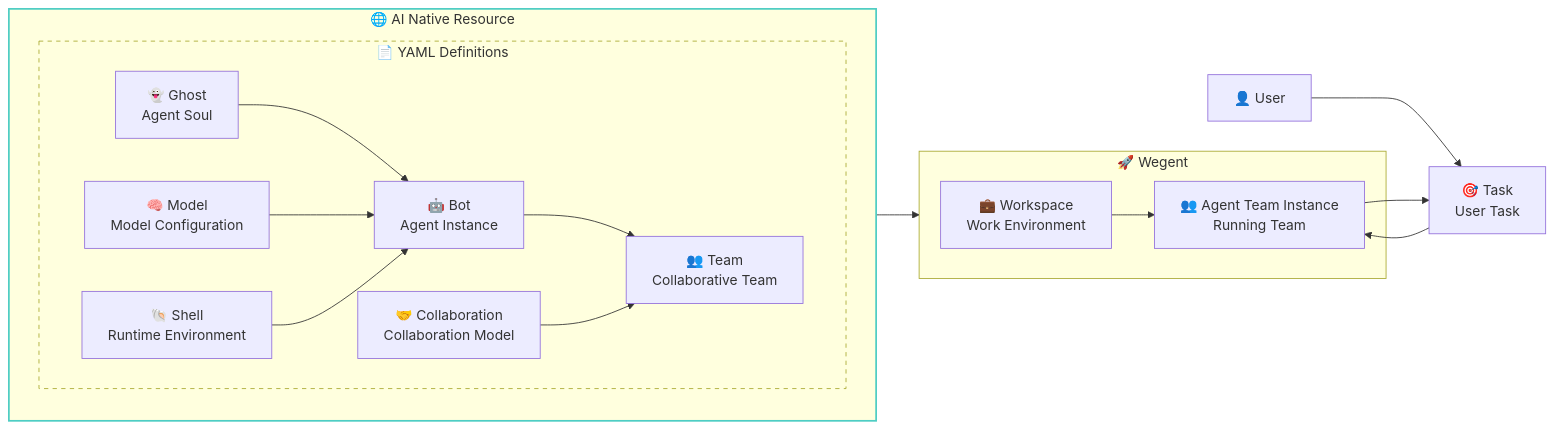
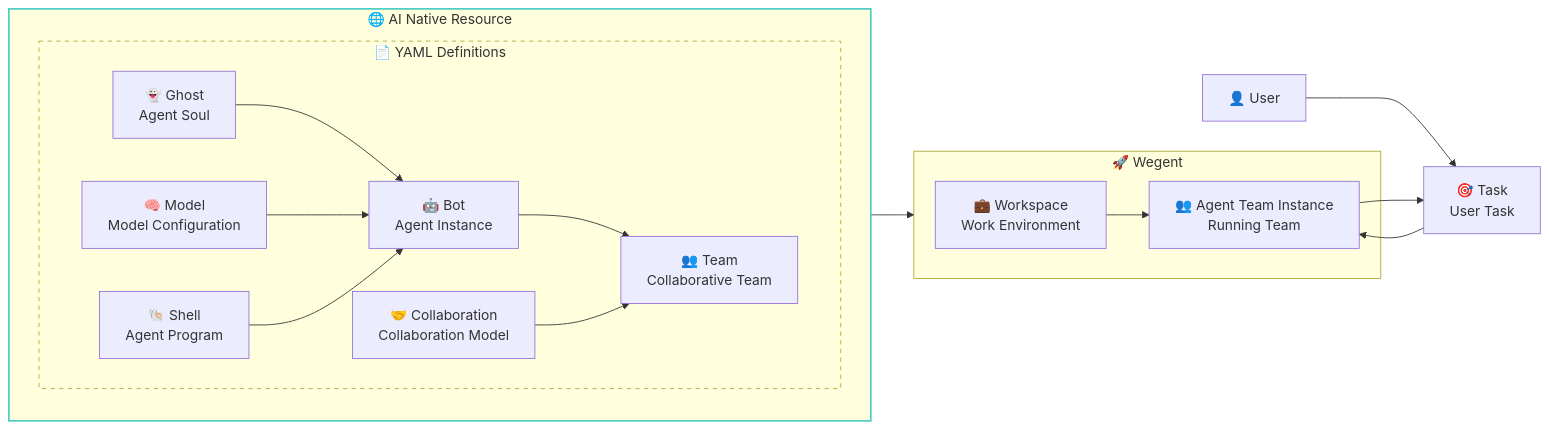
The first of 2 diagrams in README.md (wecode-ai/Wegent), drawn with Mermaid before and after one commit.

````diff
--- a/README.md
+++ b/README.md
@@ -15,46 +15,46 @@
 ```mermaid
 graph LR
     subgraph AIResource ["🌐 AI Native Resource"]
         subgraph YAMLDef ["📄 YAML Definitions"]
             Ghost["👻 Ghost<br/>Agent Soul"]
             Model["🧠 Model<br/>Model Configuration"]
-            Shell["🐚 Shell<br/>Runtime Environment"]
+            Shell["🐚 Shell<br/>Agent Program"]
             Bot["🤖 Bot<br/>Agent Instance"]
             CollabModel["🤝 Collaboration<br/>Collaboration Model"]
             Team["👥 Team<br/>Collaborative Team"]
         end
      end
     
     subgraph Wegent ["🚀 Wegent"]
         Workspace["💼 Workspace<br/>Work Environment"]
         TeamInstance["👥 Agent Team Instance<br/>Running Team"]
     end
    
       User["👤 User"]
       Task["🎯 Task<br/>User Task"]
     %% CRD Resource Relationships
     Ghost --> Bot
     Model --> Bot
     Shell --> Bot
     Bot --> Team
     CollabModel --> Team
     
     %% Team Definition to Instance
     AIResource --> Wegent
     Workspace --> TeamInstance
     
     %% User Interaction Flow
     User --> Task
     Task --> TeamInstance
     TeamInstance --> Task
     
     %% Styling
     classDef yamlBox stroke-dasharray: 5 5
     classDef runtimeBox stroke:#ff6b6b,stroke-width:2px
     classDef resourceBox stroke:#4ecdc4,stroke-width:2px
     
     class YAMLDef yamlBox
     class Runtime runtimeBox
     class AIResource resourceBox
 
 ```
````
